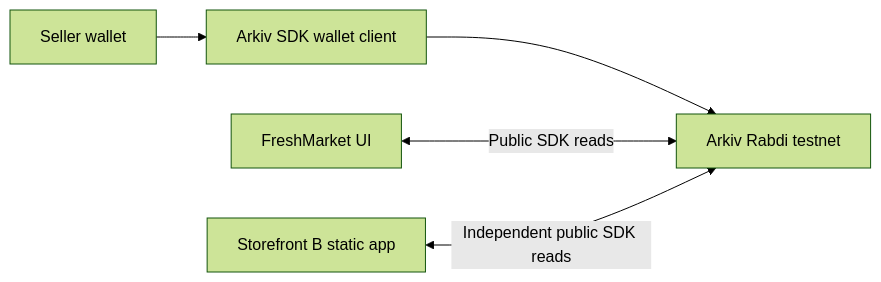
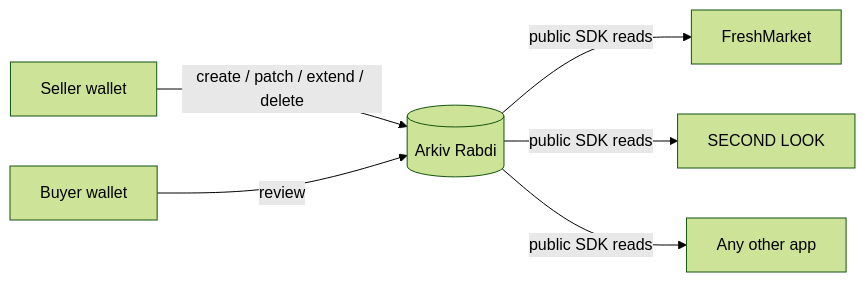
Before and after one commit to VidhanNahar/FreshMarket: the diagram in arkiv/why-arkiv.md, drawn with Mermaid (forest theme). The commit also changed other lines of this file and 23 other files, not shown here.

Commit message:
docs: update documentation, storefront, and Arkiv schema components

````diff
--- a/arkiv/why-arkiv.md
+++ b/arkiv/why-arkiv.md
@@ -7,7 +17,8 @@
 ```mermaid
 flowchart LR
-    Seller[Seller wallet] --> SDK[Arkiv SDK wallet client]
-    SDK --> Chain[Arkiv Rabdi testnet]
-    Market[FreshMarket UI] <-->|Public SDK reads| Chain
-    Reader[Storefront B static app] <-->|Independent public SDK reads| Chain
+    Seller[Seller wallet] -->|create / patch / extend / delete| Arkiv[(Arkiv Rabdi)]
+    Buyer[Buyer wallet] -->|review| Arkiv
+    Arkiv -->|public SDK reads| FM[FreshMarket]
+    Arkiv -->|public SDK reads| SL[SECOND LOOK]
+    Arkiv -->|public SDK reads| Any[Any other app]
 ```
````
